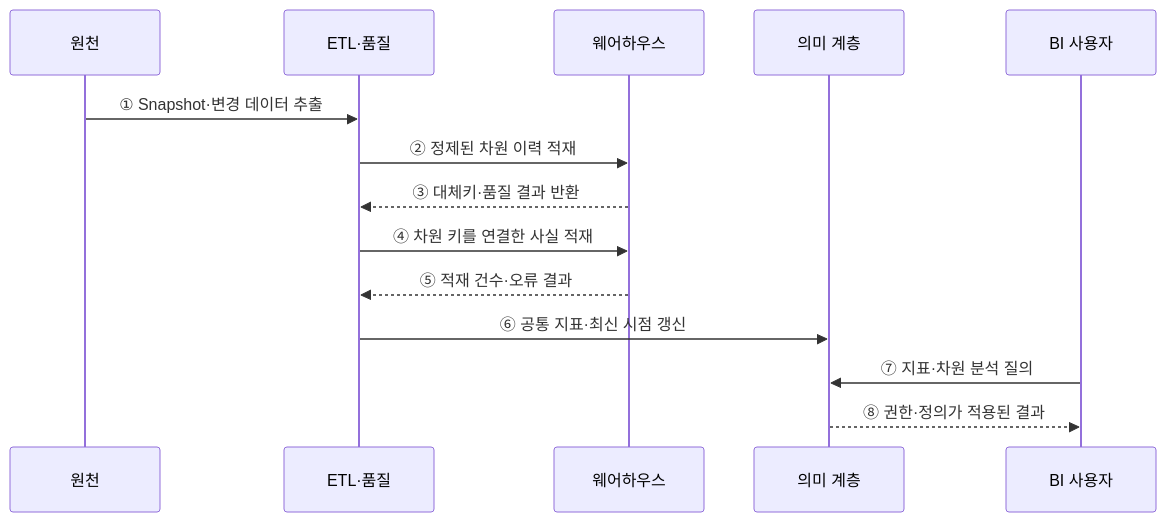
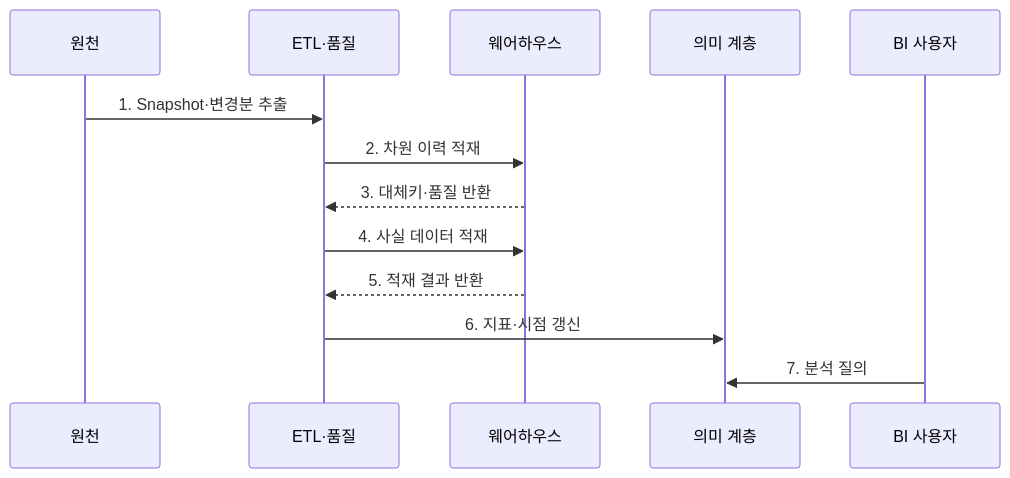
Before and after one commit to agnusdei1207/knowledge-base: the second of 2 diagrams in src/content/docs/notes/03-software/124_data_warehouse.md, drawn with Mermaid. The commit also changed other lines of this file and 20 other files, not shown here.

````diff
--- a/src/content/docs/notes/03-software/124_data_warehouse.md
+++ b/src/content/docs/notes/03-software/124_data_warehouse.md
@@ -71,16 +81,15 @@
 ```mermaid
 sequenceDiagram
     participant S as 원천
     participant E as ETL·품질
     participant W as 웨어하우스
     participant M as 의미 계층
     participant B as BI 사용자
-    S->>E: ① Snapshot·변경 데이터 추출
-    E->>W: ② 정제된 차원 이력 적재
-    W-->>E: ③ 대체키·품질 결과 반환
-    E->>W: ④ 차원 키를 연결한 사실 적재
-    W-->>E: ⑤ 적재 건수·오류 결과
-    E->>M: ⑥ 공통 지표·최신 시점 갱신
-    B->>M: ⑦ 지표·차원 분석 질의
-    M-->>B: ⑧ 권한·정의가 적용된 결과
+    S->>E: 1. Snapshot·변경분 추출
+    E->>W: 2. 차원 이력 적재
+    W-->>E: 3. 대체키·품질 반환
+    E->>W: 4. 사실 데이터 적재
+    W-->>E: 5. 적재 결과 반환
+    E->>M: 6. 지표·시점 갱신
+    B->>M: 7. 분석 질의
 ```
````
